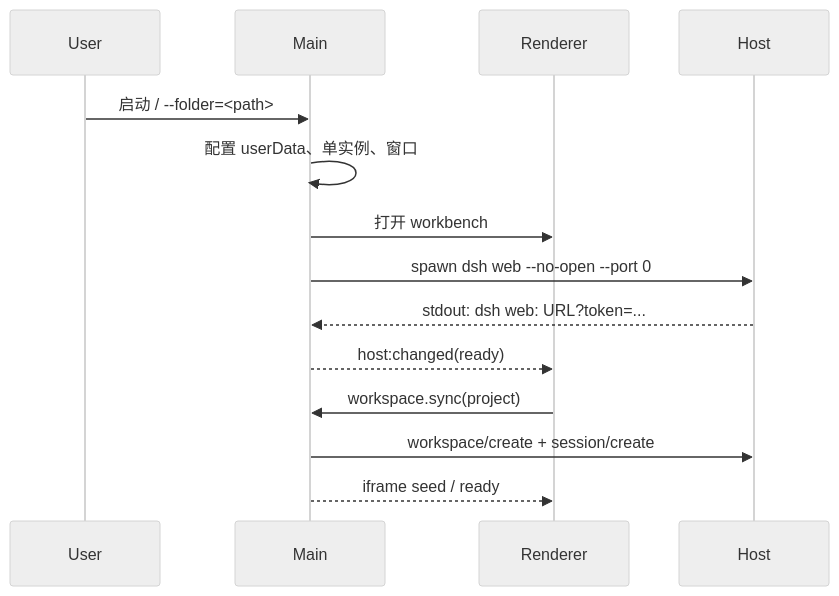
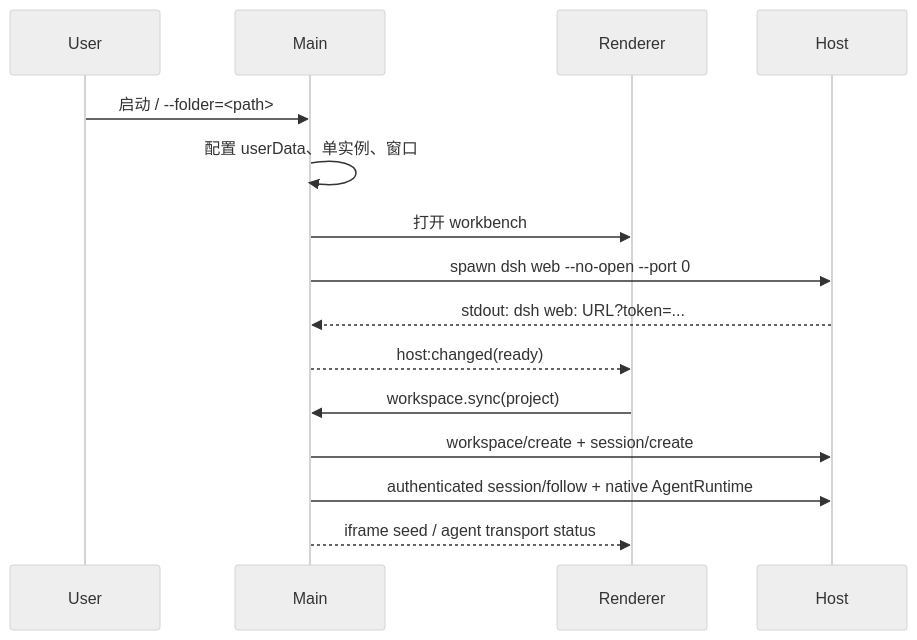
One commit to davidtan2008/deepseek-harness-desktop changed the second of 3 diagrams in docs/architecture.md. Above: the diagram before and after it, drawn with Mermaid (neutral theme). The commit also changed other lines of this file and 36 other files, not shown here.

Commit message:
feat: connect native agent session transport

````diff
--- a/docs/architecture.md
+++ b/docs/architecture.md
@@ -157,17 +163,18 @@
 ```mermaid
 sequenceDiagram
   participant U as User
   participant M as Main
   participant W as Renderer
   participant H as Host
 
   U->>M: 启动 / --folder=<path>
   M->>M: 配置 userData、单实例、窗口
   M->>W: 打开 workbench
   M->>H: spawn dsh web --no-open --port 0
   H-->>M: stdout: dsh web: URL?token=...
   M-->>W: host:changed(ready)
   W->>M: workspace.sync(project)
   M->>H: workspace/create + session/create
-  M-->>W: iframe seed / ready
+  M->>H: authenticated session/follow + native AgentRuntime
+  M-->>W: iframe seed / agent transport status
 ```
````
